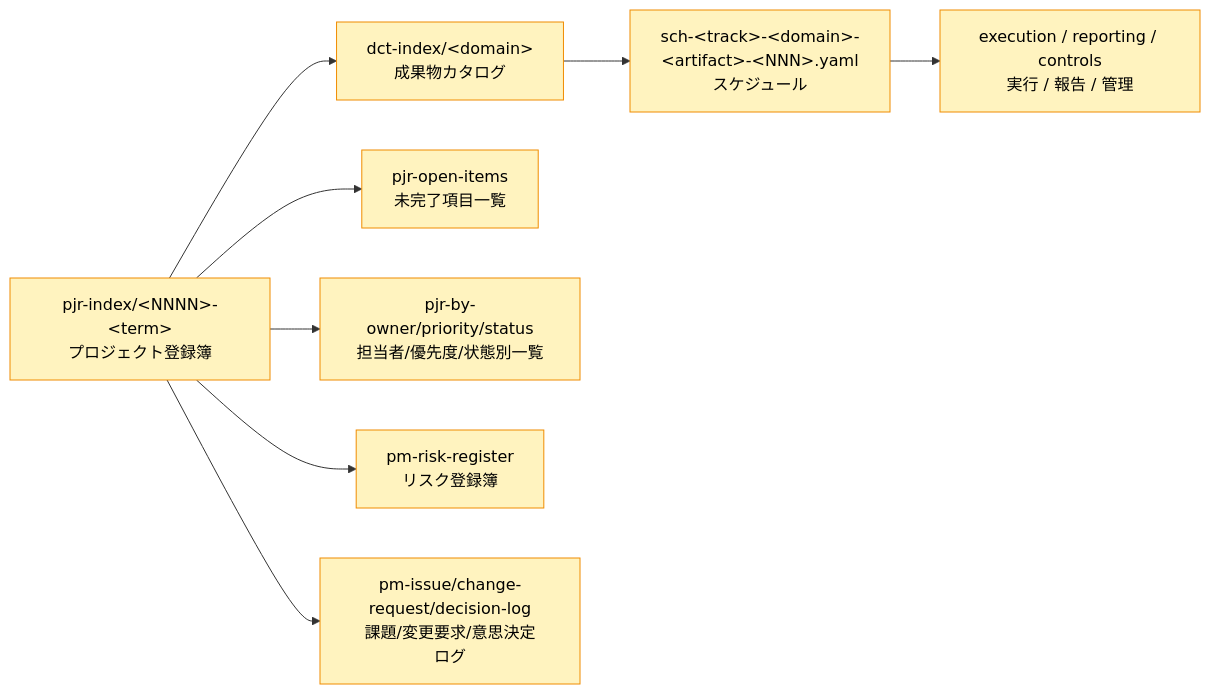
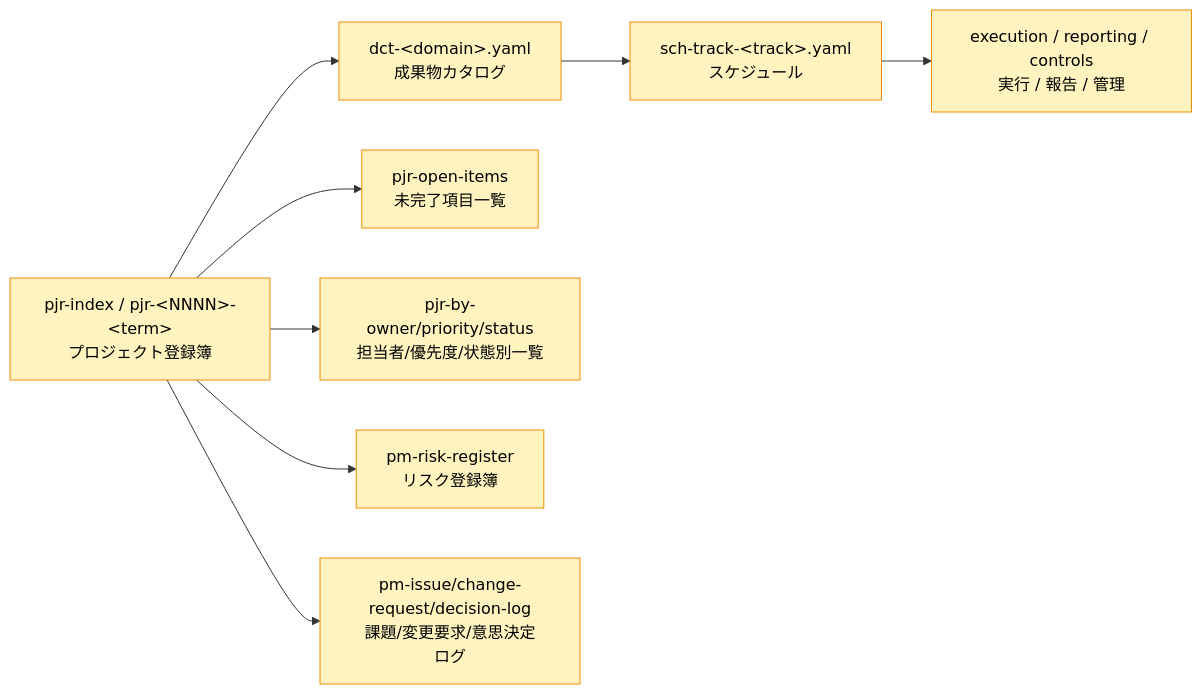
Before and after one commit to specdojo/specdojo: the fourth of 4 diagrams in docs/ja/specdojo/guides/docs-structure-guide.md, drawn with Mermaid. The commit also changed other lines of this file and 24 other files, not shown here.

````diff
--- a/docs/ja/specdojo/guides/docs-structure-guide.md
+++ b/docs/ja/specdojo/guides/docs-structure-guide.md
@@ -412,21 +414,21 @@
 ```mermaid
 flowchart LR
 
-  PJR["pjr-index/&lt;NNNN&gt;-&lt;term&gt;<br/>プロジェクト登録簿"]
-  DC["dct-index/&lt;domain&gt;<br/>成果物カタログ"]
-  SCH["sch-&lt;track&gt;-&lt;domain&gt;-&lt;artifact&gt;-&lt;NNN&gt;.yaml<br/>スケジュール"]
+  PJR["pjr-index / pjr-&lt;NNNN&gt;-&lt;term&gt;<br/>プロジェクト登録簿"]
+  DC["dct-&lt;domain&gt;.yaml<br/>成果物カタログ"]
+  SCH["sch-track-&lt;track&gt;.yaml<br/>スケジュール"]
   EXE["execution / reporting / controls<br/>実行 / 報告 / 管理"]
   POI["pjr-open-items<br/>未完了項目一覧"]
   PB["pjr-by-owner/priority/status<br/>担当者/優先度/状態別一覧"]
   PRR["pm-risk-register<br/>リスク登録簿"]
   PL["pm-issue/change-request/decision-log<br/>課題/変更要求/意思決定<br/>ログ"]
 
   PJR --> DC --> SCH --> EXE
   PJR --> POI
   PJR --> PB
   PJR --> PRR
   PJR --> PL
 
   classDef projectWise fill:#fff3bf,stroke:#f08c00,color:#000;
-  class PJR,DCI,DC,SCH,EXE,POI,PB,PRR,PL projectWise;
+  class PJR,DC,SCH,EXE,POI,PB,PRR,PL projectWise;
 ```
````
